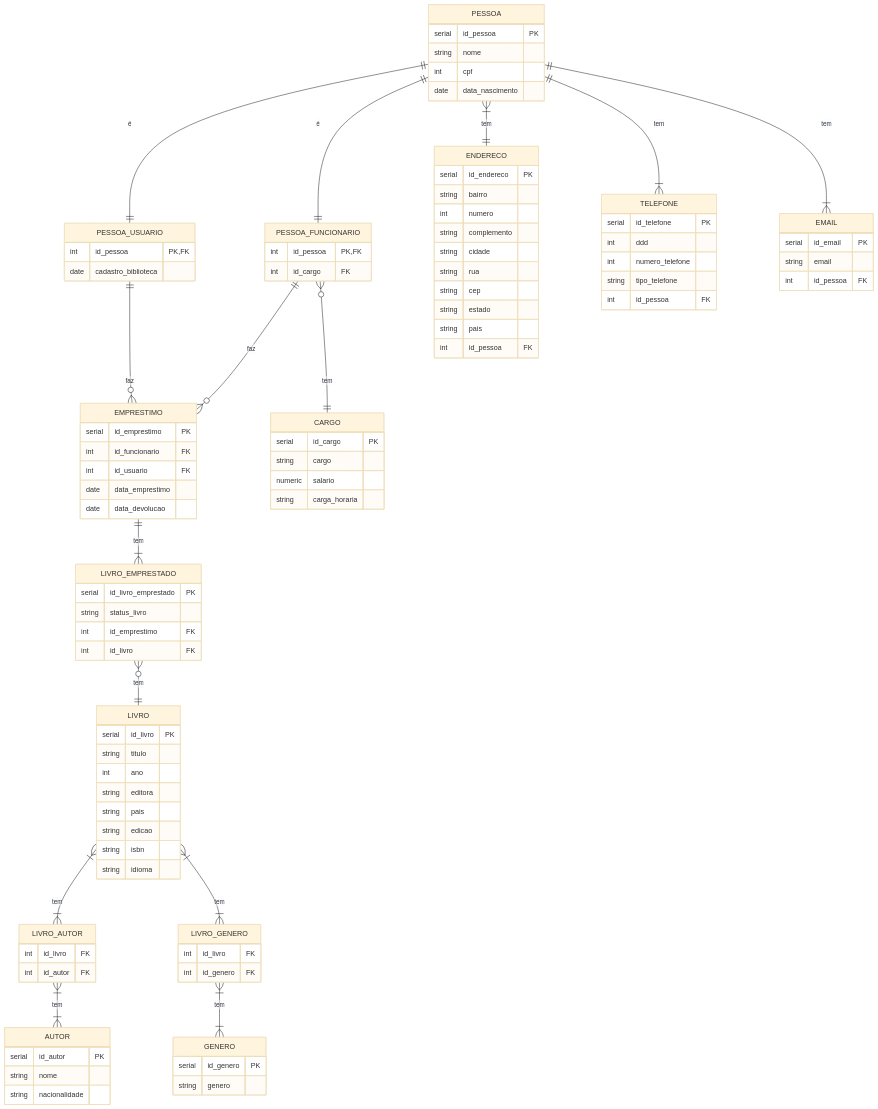
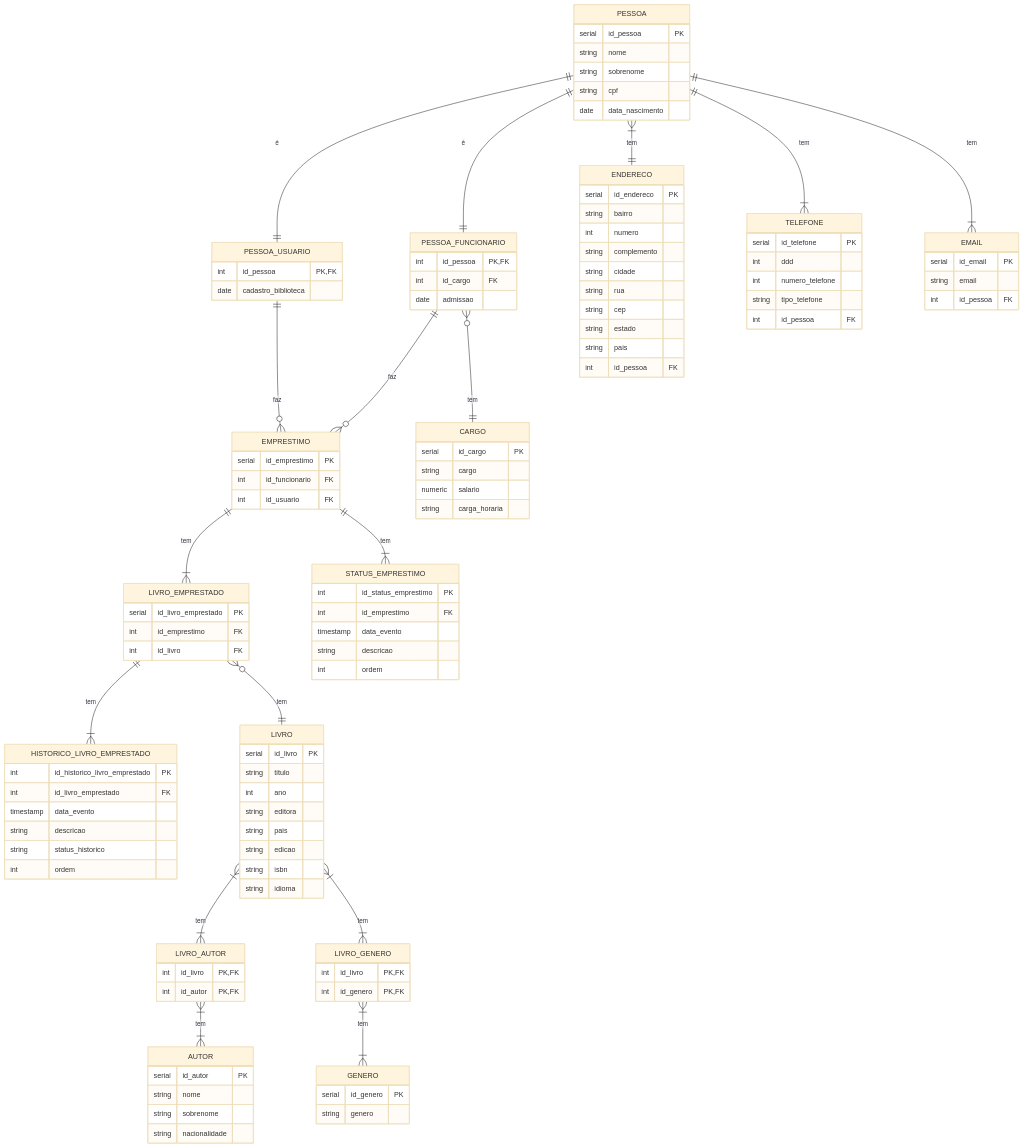
Before and after one commit to Projeto-Final-Andre/Biblioteca-BD: the diagram in Diagrama.md, drawn with Mermaid (base theme).

Commit message:
Docs: Add historico to livro

````diff
--- a/Diagrama.md
+++ b/Diagrama.md
@@ -3,12 +3,14 @@
     PESSOA_USUARIO ||--o{ EMPRESTIMO : faz
     PESSOA_FUNCIONARIO ||--o{ EMPRESTIMO : faz
     EMPRESTIMO ||--|{ LIVRO_EMPRESTADO : tem
+    EMPRESTIMO ||--|{ STATUS_EMPRESTIMO : tem
     PESSOA_FUNCIONARIO }o--|| CARGO : tem
     PESSOA ||--|| PESSOA_USUARIO : é
     PESSOA ||--|| PESSOA_FUNCIONARIO : é
     PESSOA }|--|| ENDERECO : tem
     PESSOA ||--|{ TELEFONE : tem
     PESSOA ||--|{ EMAIL : tem
+    LIVRO_EMPRESTADO ||--|{ HISTORICO_LIVRO_EMPRESTADO  : tem
     LIVRO_EMPRESTADO }o--|| LIVRO  : tem
     LIVRO }|--|{ LIVRO_AUTOR: tem
     LIVRO_AUTOR }|--|{ AUTOR: tem
@@ -26,13 +28,15 @@
     PESSOA {
         serial id_pessoa PK
         string nome
-        int cpf
+        string sobrenome
+        string cpf
         date data_nascimento
     }
 
     PESSOA_FUNCIONARIO {
         int id_pessoa PK, FK
         int id_cargo FK
+        date admissao
     }
 
     PESSOA_USUARIO {
@@ -44,20 +48,35 @@
         serial id_emprestimo PK
         int id_funcionario FK
         int id_usuario FK
-        date data_emprestimo
-        date data_devolucao
+    }
+
+    STATUS_EMPRESTIMO {
+        int id_status_emprestimo PK
+        int id_emprestimo FK
+        timestamp data_evento
+        string descricao
+        int ordem
     }
 
     LIVRO_EMPRESTADO {
         serial id_livro_emprestado PK
-        string status_livro
         int id_emprestimo FK
         int id_livro FK
+    }
+
+    HISTORICO_LIVRO_EMPRESTADO {
+        int id_historico_livro_emprestado PK
+        int id_livro_emprestado FK
+        timestamp data_evento
+        string descricao
+        string status_historico
+        int ordem
     }
 
     AUTOR {
         serial id_autor PK
         string nome
+        string sobrenome
         string nacionalidade
     }
 
@@ -78,13 +97,13 @@
     }
 
     LIVRO_AUTOR {
-        int id_livro FK
-        int id_autor FK
+        int id_livro PK, FK
+        int id_autor PK, FK
     }
 
     LIVRO_GENERO {
-        int id_livro FK
-        int id_genero FK
+        int id_livro PK, FK
+        int id_genero PK, FK
     }
 
     ENDERECO {
@@ -113,4 +132,5 @@
         string email
         int id_pessoa FK
     }
+
 ```
````
